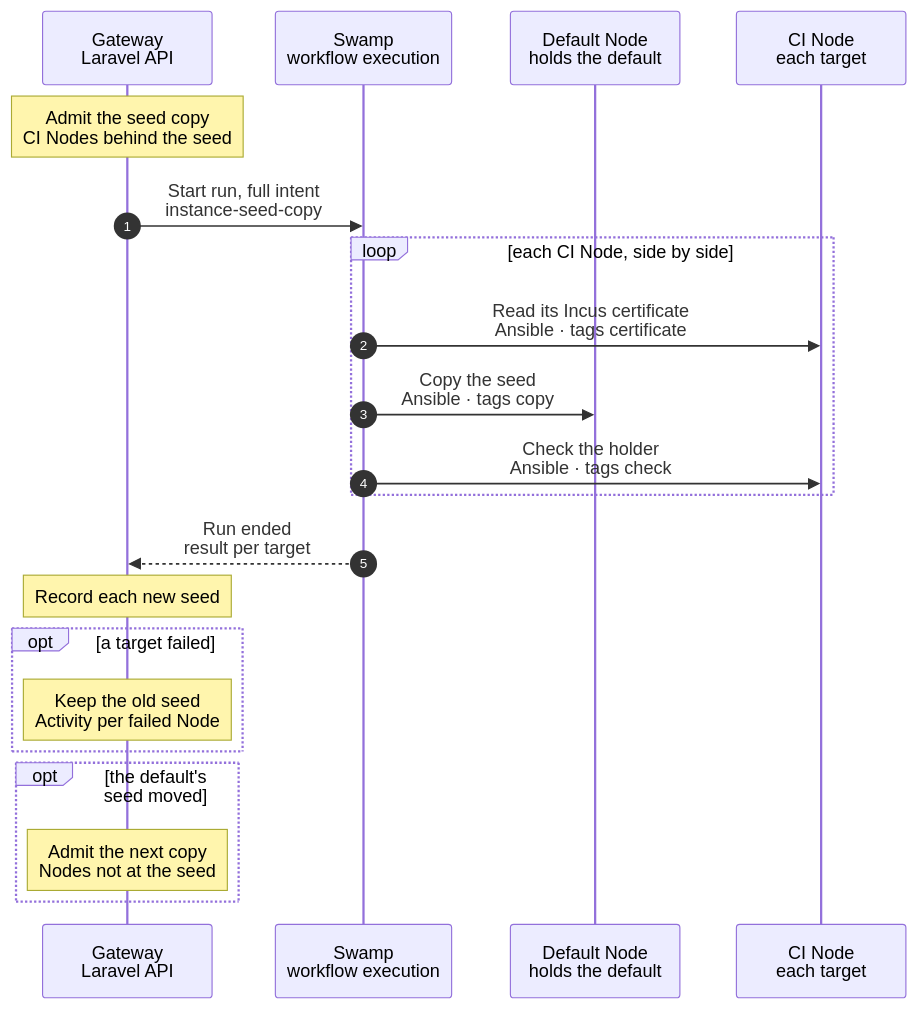
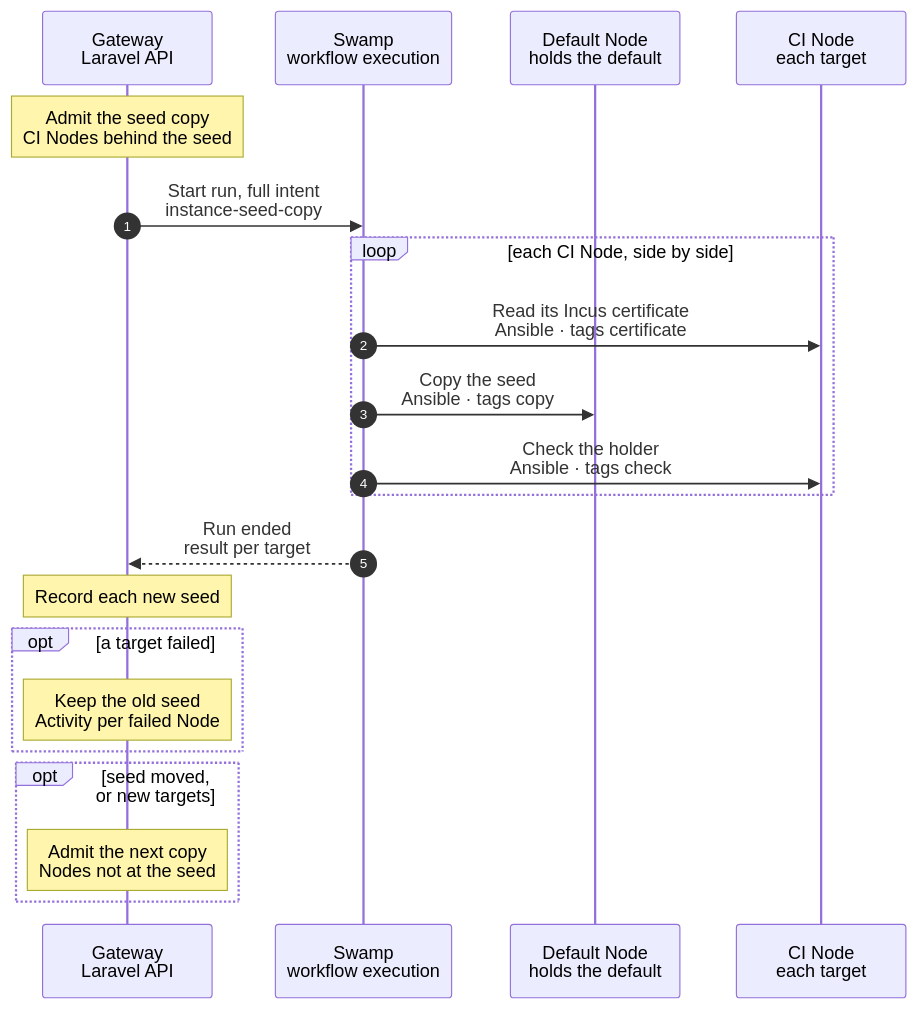
Before and after one commit to hardimpactdev/orbit: the diagram in docs/cli/instance/seed-copy.mmd, drawn with Mermaid. The commit also changed 4 other files, not shown here.

First line of the commit message:
fix(ci): a seed copy that ends tries no failed Node again at the same seed

```diff
--- a/docs/cli/instance/seed-copy.mmd
+++ b/docs/cli/instance/seed-copy.mmd
@@ -1,69 +1,74 @@
 sequenceDiagram
   %% Target design, ADR 0260 build step 4 (docs/reference/development-containers.md#the-seed-on-each-ci-node): each Node that offers proof places, other than the default's own Node, keeps its own seed of the proof Project's default. One run per seed of the default sends the seed to every CI Node whose seed is behind; each target may fail alone.
   %% Decided by the main orchestrator (2026-11-16): Incus moves the seed, `incus copy --refresh --mode=push` from the default's Node to each CI Node over WireGuard. Push mode needs a listener on the target only, so the default's Node gets a client remote and no daemon change. Each CI Node listens on its WireGuard address and trusts the default Node's client certificate for `orbit-instances-nested` only (docs/reference/node-provisioning.md#the-seed-listener). `--refresh` sends only the snapshots that changed. Rejected: one seed that every copy fetches over the network at its start (ADR 0260), a seed Instance per CI Node that refreshes its own fleet, and a ZFS stream through the Swamp worker with bookmarks of Orbit's own.
   %% status: draft
   %% command: none · after the proof default records a seed, or a CI Node's ci-runner add or converge passes
   %% kind: instance.seed_copy
   autonumber
   %% lane GW icon=gateway pill=intent tone=blue
   %% lane SW icon=workflow pill=executes tone=green
   %% lane N icon=server pill=target tone=amber
   %% lane C icon=server pill=target tone=purple
   participant GW as Gateway<br/>Laravel API
   participant SW as Swamp<br/>workflow execution
   participant N as Default Node<br/>holds the default
   participant C as CI Node<br/>each target
   Note over GW: Admit the seed copy<br/>CI Nodes behind the seed
   %%> Started by:
   %%> - the proof default records a new seed: the refresh after a release, or an `instance:deploy` of the default
   %%> - a `ci-runner` add or converge of a Node that offers proof places passes
-  %%> - a seed copy ends: for the Nodes it did not bring to the default's current seed
+  %%> - a seed copy ends, only when the default's seed moved during it (all Nodes behind the new seed), or for Nodes that were not its targets (a Node that became a target while the copy held the lock)
+  %%> Never started by:
+  %%> - the end of a copy for a Node that failed at the same seed: it waits for the next seed or for its own `ci-runner` converge, so a lasting failure does not repeat
   %%> Requirements:
   %%> - the proof Project's default is active and has a seed; a seed is its commit and the time the default took it
   %%> - targets: every Node that offers proof places (`ci-runner`, CI places, with or without `app-dev`), other than the default's Node, whose recorded seed is not that seed (docs/reference/node-provisioning.md#proof-copies-on-a-ci-node); with none, nothing is admitted
   %%> - one copy at a time: an open copy holds the default's seed-copy lock, `operation.target_busy`
   %%> Result:
   %%> - a task is recorded with the full intent: the default's Node, container and inner volume, and per target its Node and WireGuard address
   GW->>SW: Start run, full intent<br/>instance-seed-copy
   loop each CI Node, side by side
     SW->>C: Read its Incus certificate<br/>Ansible · tags certificate
     %%> What it does:
     %%> - reads the Incus server certificate of the CI Node and checks that the Node listens on its WireGuard address
     %%> On failure:
     %%> - no listener yet: this target fails; a `ci-runner` converge of the Node adds the listener and the trust
     SW->>N: Copy the seed<br/>Ansible · tags copy
     %%> What it does:
     %%> - adds the client remote `proof-node-ID` of root when it is missing, and refuses when the certificate that root's client stored for it is not the one read on the CI Node
     %%> - `incus copy DEFAULT proof-node-ID:proof-seed --refresh --mode=push` in `orbit-instances-nested`, then `incus storage volume copy` of the inner volume to `proof-seed-inner` with the same flags
     %%> Why push:
     %%> - the source server sends the data and only the target listens, so the default's Node needs no listener and no daemon change
     %%> Why refresh:
     %%> - Incus compares the snapshots on both sides and sends only the newer ones; the holder gets `seed-COMMIT` natively; the first copy to a Node sends the whole pair
     %%> Why the whole instance:
     %%> - a snapshot source carries no snapshots, so a refresh from it could not find a common one
     %%> On failure:
     %%> - this target fails with `instance.seed_copy_failed`; the other targets go on
     SW->>C: Check the holder<br/>Ansible · tags check
     %%> What it does:
     %%> - the holder `proof-seed` has the snapshot `seed-COMMIT` that the run was admitted for, and its volume has the snapshot of the same name
     %%> - the holder's config and devices match the default's, as the start guard checks them; the volume has exactly the inner volume's keys
   end
   SW-->>GW: Run ended<br/>result per target
   %%> How the Gateway learns it:
   %%> - its shared run reader sees the terminal event; Swamp never calls the Gateway
   Note over GW: Record each new seed
   %%> Result:
   %%> - each Node whose target passed records the seed it was admitted for: its commit and its time; it offers proof places again
   %%> - a proof copy on that Node clones `proof-seed/seed-COMMIT` with the clone step of every copy
   opt a target failed
     Note over GW: Keep the old seed<br/>Activity per failed Node
     %%> Result:
     %%> - the failed Node keeps its recorded seed and offers no proof places until a copy passes; copies made earlier keep running
     %%> - the Activity row `instance.seed_copy_failed` names the Node, the Operation and the detail
-    %%> - the release and the default are unchanged; the next trigger copies again, and a rerun is safe
+    %%> - the release and the default are unchanged; the next seed or the Node's own `ci-runner` converge copies again, and a rerun is safe
   end
-  opt the default's seed moved
+  opt seed moved, or new targets
     Note over GW: Admit the next copy<br/>Nodes not at the seed
     %%> When:
-    %%> - the default took a newer seed while the copy ran, or a Node became a target while the copy held the lock
+    %%> - the default took a newer seed while the copy ran: every Node behind it is a target
+    %%> - the seed is the same, and a Node that was not a target of this copy is behind it: only such Nodes are targets
+    %%> Not:
+    %%> - for a Node that failed at the same seed
   end
```
